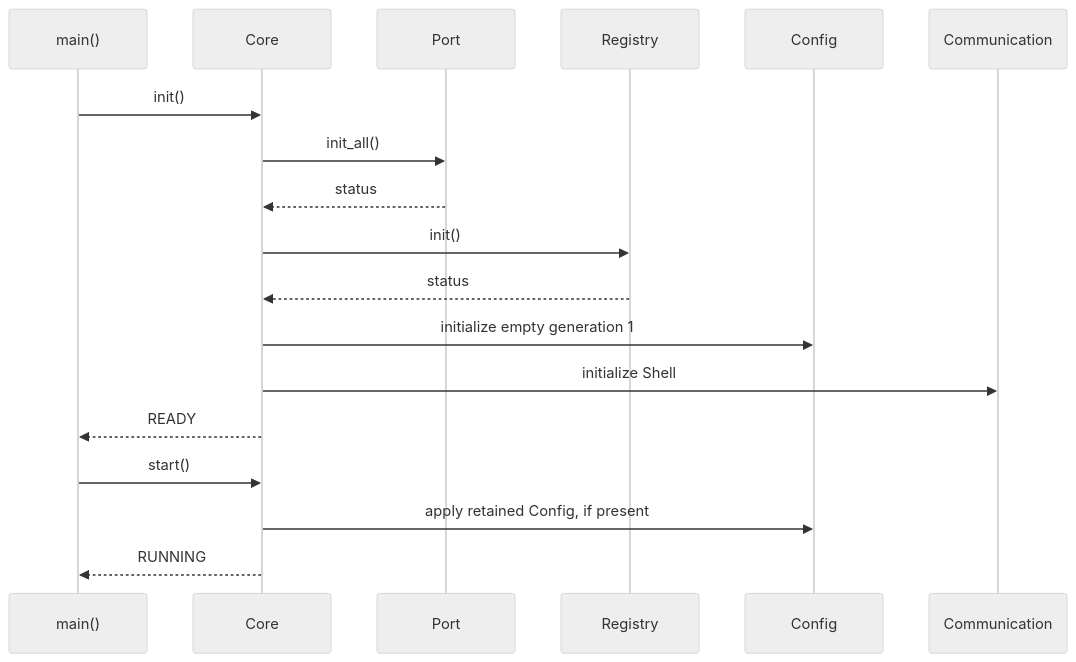
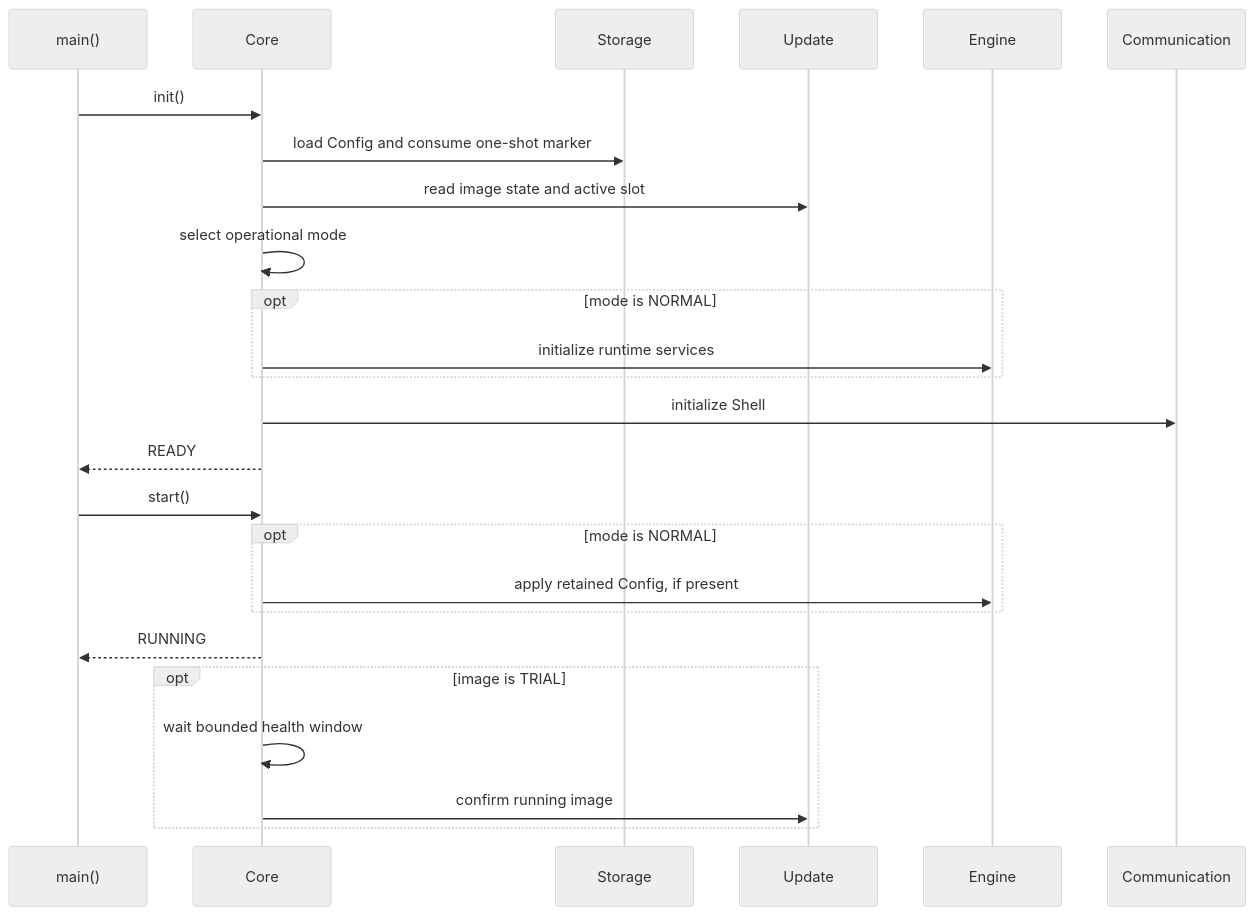
The diagram in Firmware/core/subsys/core/README.md (andreapiccini/SpaghettiLAB), drawn with Mermaid (neutral theme) before and after one commit. The commit also changed other lines of this file and 32 other files, not shown here.

````diff
--- a/Firmware/core/subsys/core/README.md
+++ b/Firmware/core/subsys/core/README.md
@@ -112,20 +117,27 @@
 ```mermaid
 sequenceDiagram
     participant Main as main()
     participant Core
-    participant Port
-    participant Registry
-    participant Config
+    participant Storage
+    participant Update
+    participant Engine
     participant Communication
     Main->>Core: init()
-    Core->>Port: init_all()
-    Port-->>Core: status
-    Core->>Registry: init()
-    Registry-->>Core: status
-    Core->>Config: initialize empty generation 1
+    Core->>Storage: load Config and consume one-shot marker
+    Core->>Update: read image state and active slot
+    Core->>Core: select operational mode
+    opt mode is NORMAL
+        Core->>Engine: initialize runtime services
+    end
     Core->>Communication: initialize Shell
     Core-->>Main: READY
     Main->>Core: start()
-    Core->>Config: apply retained Config, if present
+    opt mode is NORMAL
+        Core->>Engine: apply retained Config, if present
+    end
     Core-->>Main: RUNNING
+    opt image is TRIAL
+        Core->>Core: wait bounded health window
+        Core->>Update: confirm running image
+    end
 ```
````
